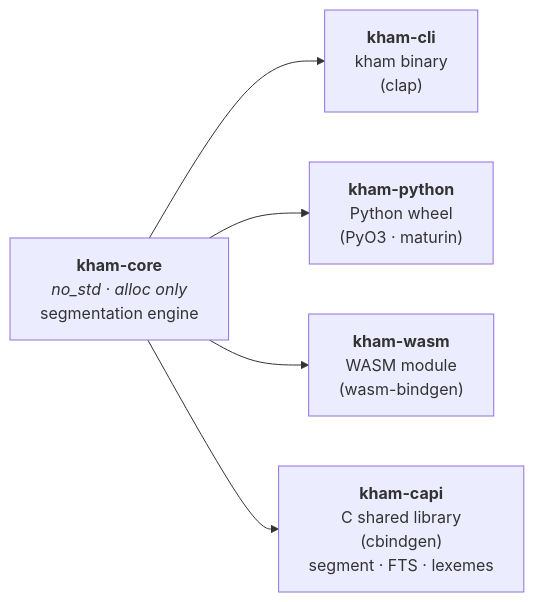
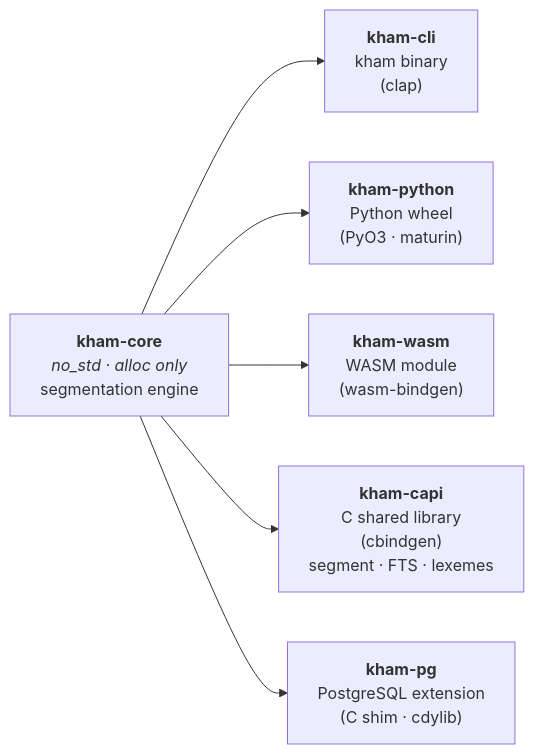
One commit to preedep/kham changed the first of 6 diagrams in README.md. Above: the diagram before and after it, drawn with Mermaid. The commit also changed other lines of this file and 1 other file, not shown here.

Commit message:
Add fallback mechanism for locating `pg_regress` in `kham-pg` entrypoint script and document `kham-pg` usage/setup in README.

````diff
--- a/README.md
+++ b/README.md
@@ -389,14 +443,17 @@
 ```mermaid
 graph LR
     core["<b>kham-core</b><br/><i>no_std · alloc only</i><br/>segmentation engine"]
 
     cli["<b>kham-cli</b><br/>kham binary<br/>(clap)"]
     python["<b>kham-python</b><br/>Python wheel<br/>(PyO3 · maturin)"]
     wasm["<b>kham-wasm</b><br/>WASM module<br/>(wasm-bindgen)"]
     capi["<b>kham-capi</b><br/>C shared library<br/>(cbindgen)<br/>segment · FTS · lexemes"]
 
+    pg["<b>kham-pg</b><br/>PostgreSQL extension<br/>(C shim · cdylib)"]
+
     core --> cli
     core --> python
     core --> wasm
     core --> capi
+    core --> pg
 ```
````
